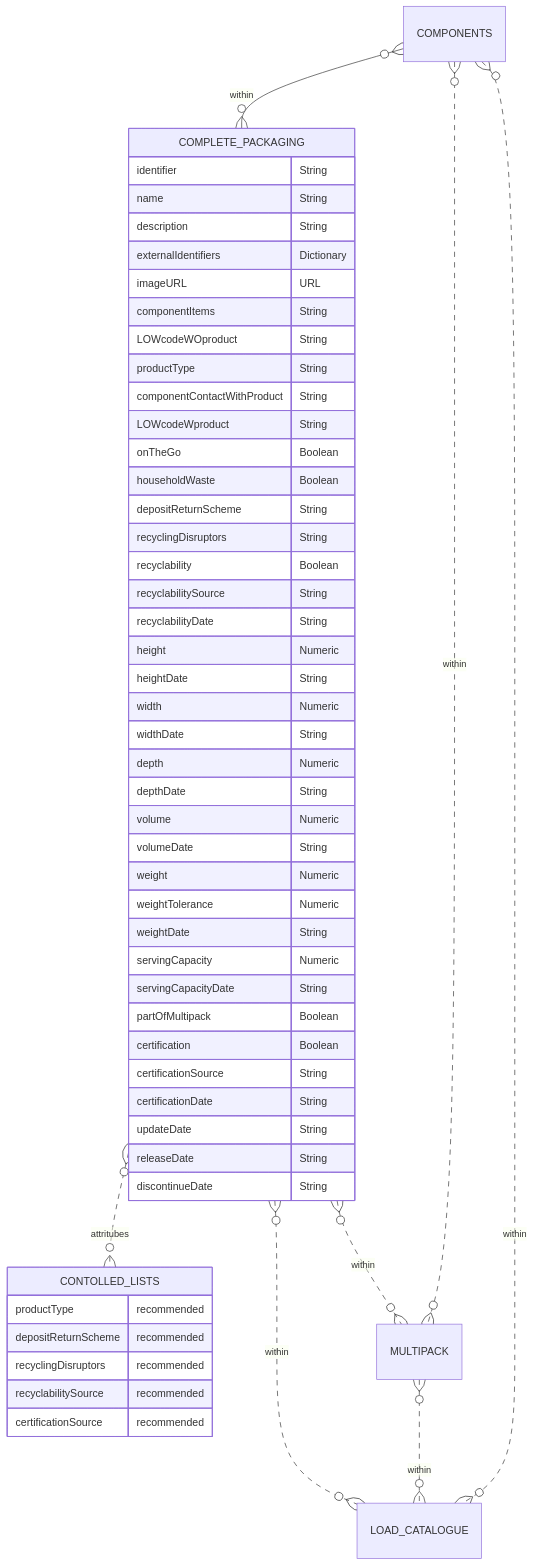
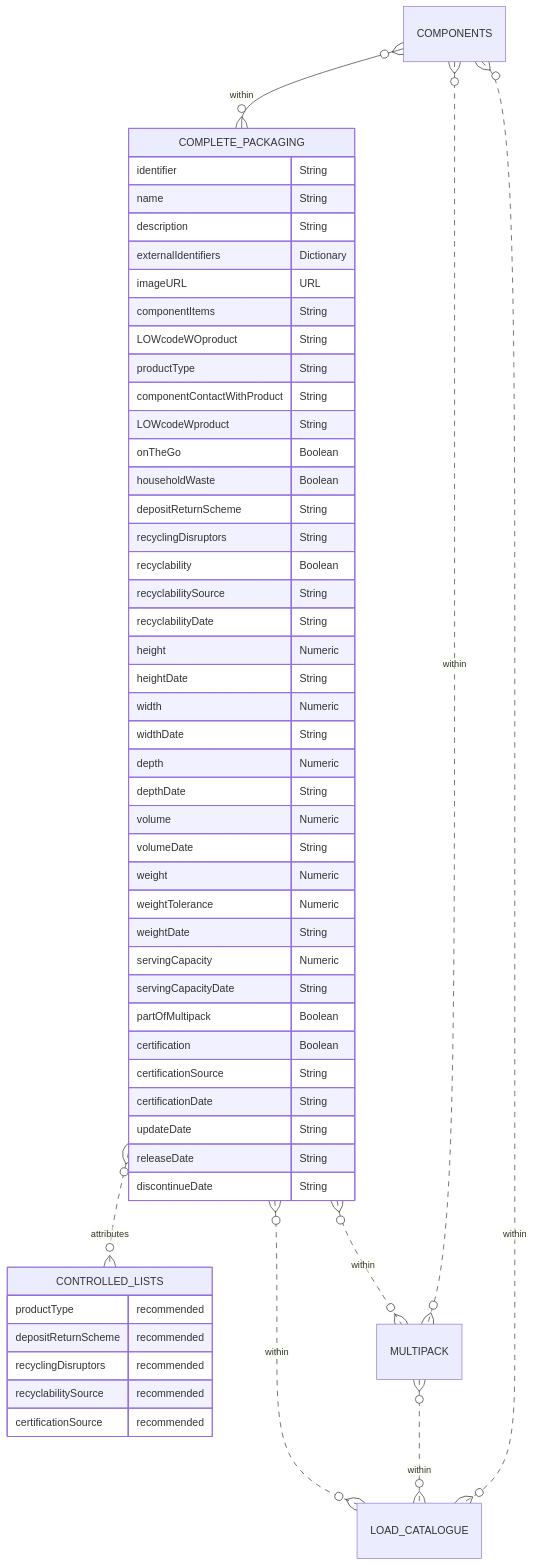
Before and after one commit to OpenDataManchester/Open3P: the diagram in docs/3_Data_Specification/3_4_Complete_Packaging.md, drawn with Mermaid. The commit also changed 4 other files, not shown here.

````diff
--- a/docs/3_Data_Specification/3_4_Complete_Packaging.md
+++ b/docs/3_Data_Specification/3_4_Complete_Packaging.md
@@ -53,56 +53,56 @@
 ``` mermaid
 erDiagram
 COMPONENTS }o--o{ COMPLETE_PACKAGING : within
   COMPLETE_PACKAGING {
     identifier String
     name String
     description String
     externalIdentifiers Dictionary
     imageURL URL
     componentItems String
     LOWcodeWOproduct String
     productType String
     componentContactWithProduct String
     LOWcodeWproduct String
     onTheGo Boolean
     householdWaste Boolean
     depositReturnScheme String
     recyclingDisruptors String
     recyclability Boolean
     recyclabilitySource String
     recyclabilityDate String
     height Numeric
     heightDate String
     width Numeric
     widthDate String
     depth Numeric
     depthDate String
     volume Numeric
     volumeDate String
     weight Numeric
     weightTolerance Numeric
     weightDate String
     servingCapacity Numeric
     servingCapacityDate String
     partOfMultipack Boolean
     certification Boolean
     certificationSource String
     certificationDate String
     updateDate String
     releaseDate String
     discontinueDate String
   }
-  COMPLETE_PACKAGING }o..o{ CONTOLLED_LISTS : attritubes
+  COMPLETE_PACKAGING }o..o{ CONTROLLED_LISTS : attributes
   COMPLETE_PACKAGING }o..o{ MULTIPACK : within
   COMPONENTS }o..o{ MULTIPACK : within
   COMPLETE_PACKAGING }o..o{ LOAD_CATALOGUE : within
   MULTIPACK }o..o{ LOAD_CATALOGUE : within
   COMPONENTS }o..o{ LOAD_CATALOGUE : within
-      CONTOLLED_LISTS {
+      CONTROLLED_LISTS {
     productType recommended
     depositReturnScheme recommended
     recyclingDisruptors recommended
     recyclabilitySource recommended
     certificationSource recommended
   }
 ```
````
